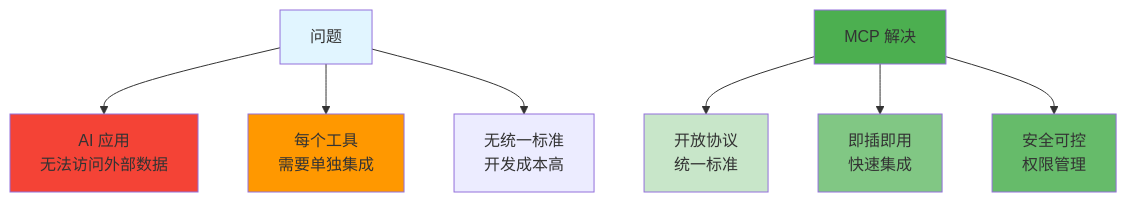
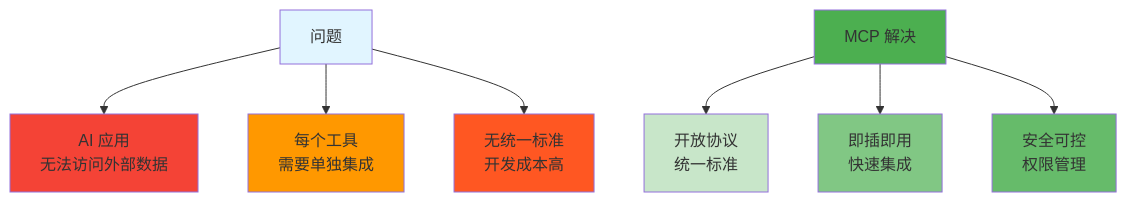
Before and after one commit to Jasper-Wynn/agent-doc: the first of 2 diagrams in concepts/mcp.md, drawn with Mermaid. The commit also changed 3 other files, not shown here.

First line of the commit message:
fix: remove extra quotes in mermaid style declarations

````diff
--- a/concepts/mcp.md
+++ b/concepts/mcp.md
@@ -11,19 +11,19 @@
 ```mermaid
 flowchart TD
     A[问题] --> B[AI 应用<br/>无法访问外部数据]
     A --> C[每个工具<br/>需要单独集成]
     A --> D[无统一标准<br/>开发成本高]
 
     E[MCP 解决] --> F[开放协议<br/>统一标准]
     E --> G[即插即用<br/>快速集成]
     E --> H[安全可控<br/>权限管理]
 
     style A fill:#e1f5ff
     style B fill:#f44336
     style C fill:#ff9800
-    style D fill:#ff5722"
+    style D fill:#ff5722
     style E fill:#4caf50
     style F fill:#c8e6c9
     style G fill:#81c784
     style H fill:#66bb6a
 ```
````
